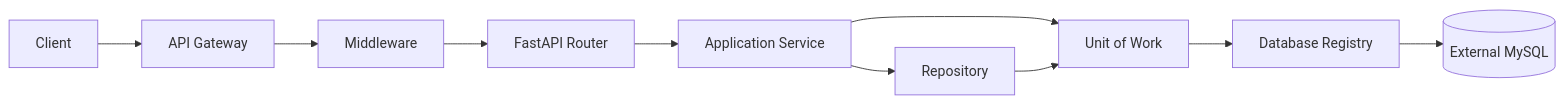
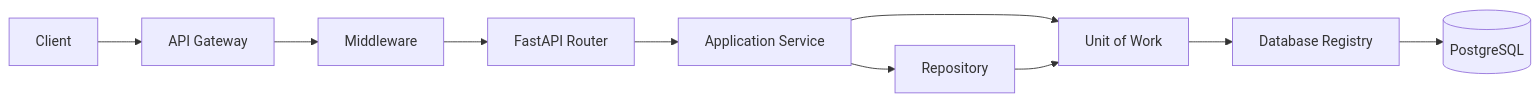
One commit to shiladityamajumder/fastapi-production-boilerplate changed the first of 18 diagrams in Architecture.md. Above: the diagram before and after it, drawn with Mermaid. The commit also changed other lines of this file and 25 other files, not shown here.

Commit message:
feat(db): establish PostgreSQL and Alembic foundation with Docker support and tests

````diff
--- a/Architecture.md
+++ b/Architecture.md
@@ -71,22 +71,22 @@
 ```mermaid
 flowchart LR
     Client[Client]
     Gateway[API Gateway]
     Middleware[Middleware]
     Router[FastAPI Router]
     Service[Application Service]
     Repository[Repository]
     UOW[Unit of Work]
     Registry[Database Registry]
-    Database[(External MySQL)]
+    Database[(PostgreSQL)]
 
     Client --> Gateway
     Gateway --> Middleware
     Middleware --> Router
     Router --> Service
     Service --> Repository
     Service --> UOW
     Repository --> UOW
     UOW --> Registry
     Registry --> Database
 ```
````
